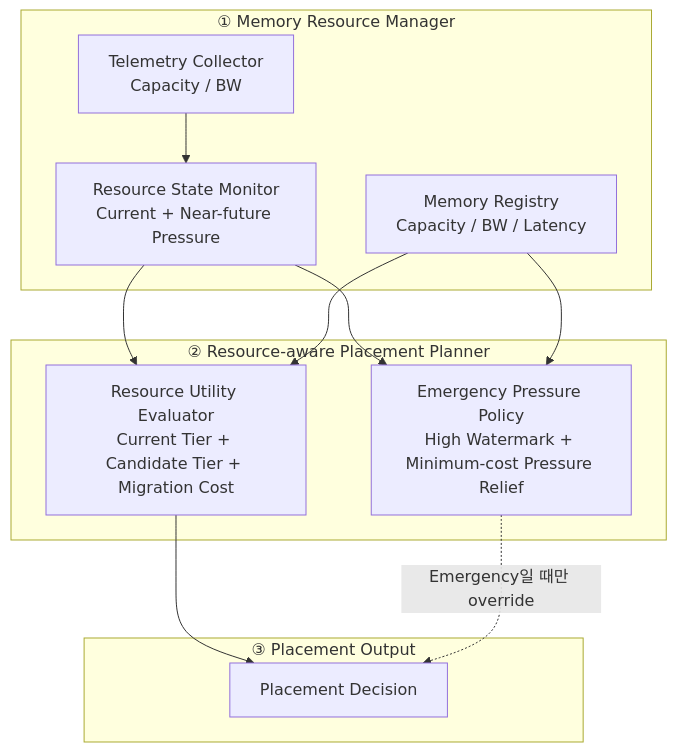
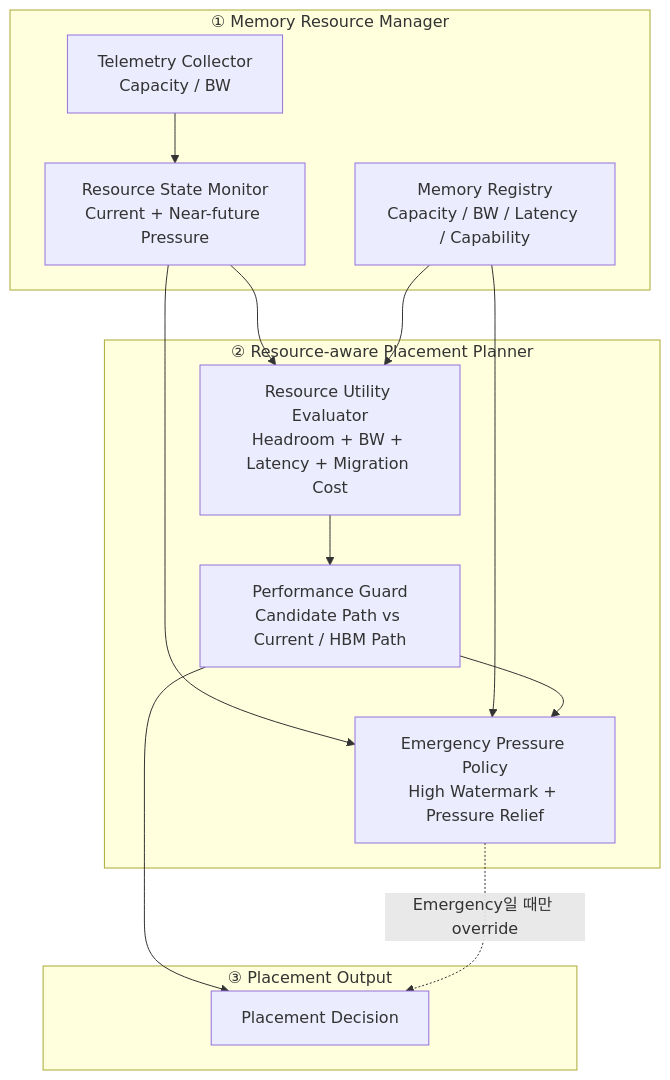
The first of 3 diagrams in doc-architect/dp1-reinforcement-v2-design.md (mkim0628/vllm), drawn with Mermaid before and after one commit. The commit also changed other lines of this file, not shown here.

Commit message:
Add relative performance guard to C1-R2 module design

````diff
--- a/doc-architect/dp1-reinforcement-v2-design.md
+++ b/doc-architect/dp1-reinforcement-v2-design.md
@@ -34,28 +34,31 @@
 ```mermaid
 flowchart TB
 
     subgraph RM["① Memory Resource Manager"]
         TC["Telemetry Collector<br/>Capacity / BW"]
         RSM["Resource State Monitor<br/>Current + Near-future Pressure"]
-        MR["Memory Registry<br/>Capacity / BW / Latency"]
+        MR["Memory Registry<br/>Capacity / BW / Latency / Capability"]
     end
 
     subgraph PP["② Resource-aware Placement Planner"]
-        RUE["Resource Utility Evaluator<br/>Current Tier + Candidate Tier + Migration Cost"]
-        EPP["Emergency Pressure Policy<br/>High Watermark + Minimum-cost Pressure Relief"]
+        RUE["Resource Utility Evaluator<br/>Headroom + BW + Latency + Migration Cost"]
+        PG["Performance Guard<br/>Candidate Path vs Current / HBM Path"]
+        EPP["Emergency Pressure Policy<br/>High Watermark + Pressure Relief"]
     end
 
     subgraph OUT["③ Placement Output"]
         PD["Placement Decision"]
     end
 
     TC --> RSM
     RSM --> RUE
     MR --> RUE
 
+    RUE --> PG
     RSM --> EPP
     MR --> EPP
+    PG --> EPP
 
-    RUE --> PD
+    PG --> PD
     EPP -. "Emergency일 때만 override" .-> PD
 ```
````
